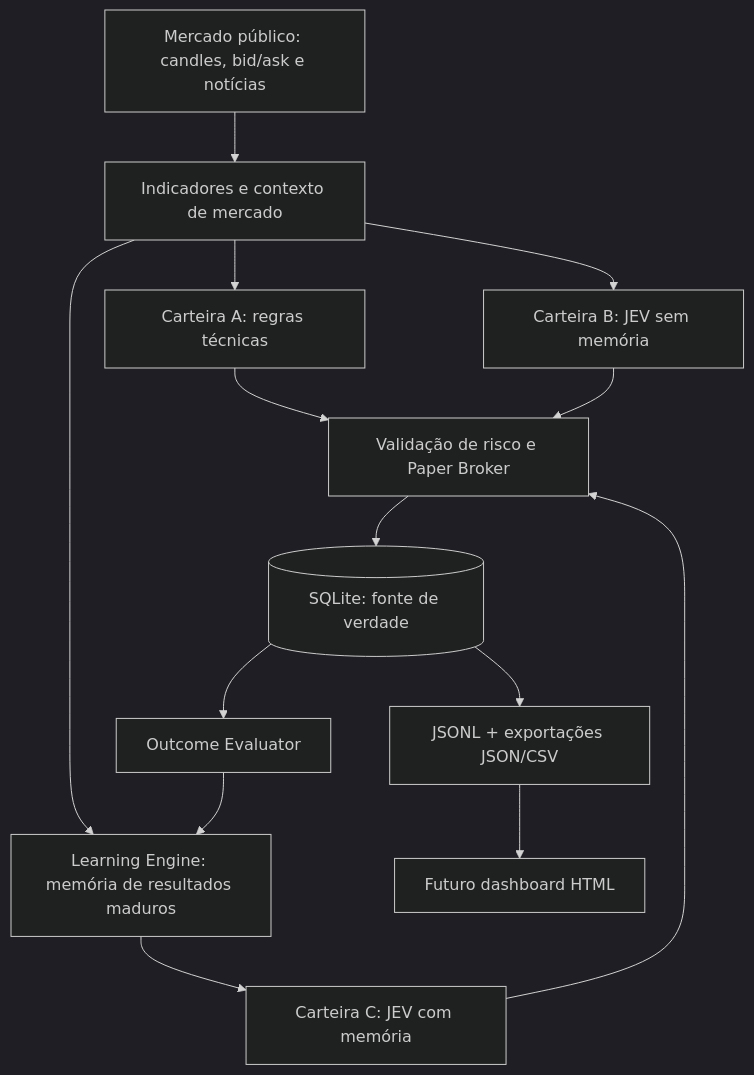
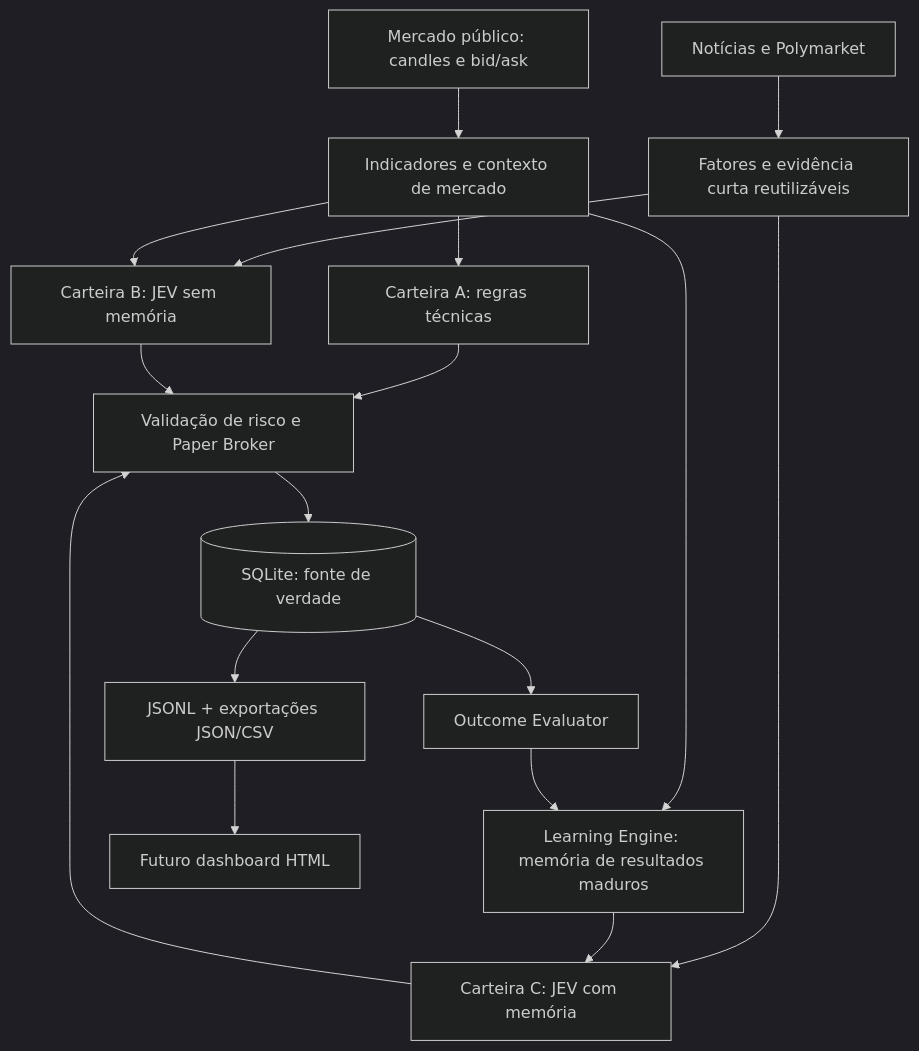
One commit to ronaldomafra/ai-trade-memory changed the diagram in README.md. Above: the diagram before and after it, drawn with Mermaid (dark theme). The commit also changed other lines of this file and 22 other files, not shown here.

````diff
--- a/README.md
+++ b/README.md
@@ -37,16 +53,19 @@
 ```mermaid
 flowchart TD
-    M[Mercado público: candles, bid/ask e notícias] --> F[Indicadores e contexto de mercado]
+    M[Mercado público: candles e bid/ask] --> F[Indicadores e contexto de mercado]
+    N[Notícias e Polymarket] --> X[Fatores e evidência curta reutilizáveis]
+    X --> B
+    X --> C
     F --> A[Carteira A: regras técnicas]
     F --> B[Carteira B: JEV sem memória]
     F --> L[Learning Engine: memória de resultados maduros]
     L --> C[Carteira C: JEV com memória]
     A --> R[Validação de risco e Paper Broker]
     B --> R
     C --> R
     R --> D[(SQLite: fonte de verdade)]
     D --> O[Outcome Evaluator]
     O --> L
     D --> E[JSONL + exportações JSON/CSV]
     E --> H[Futuro dashboard HTML]
 ```
````
